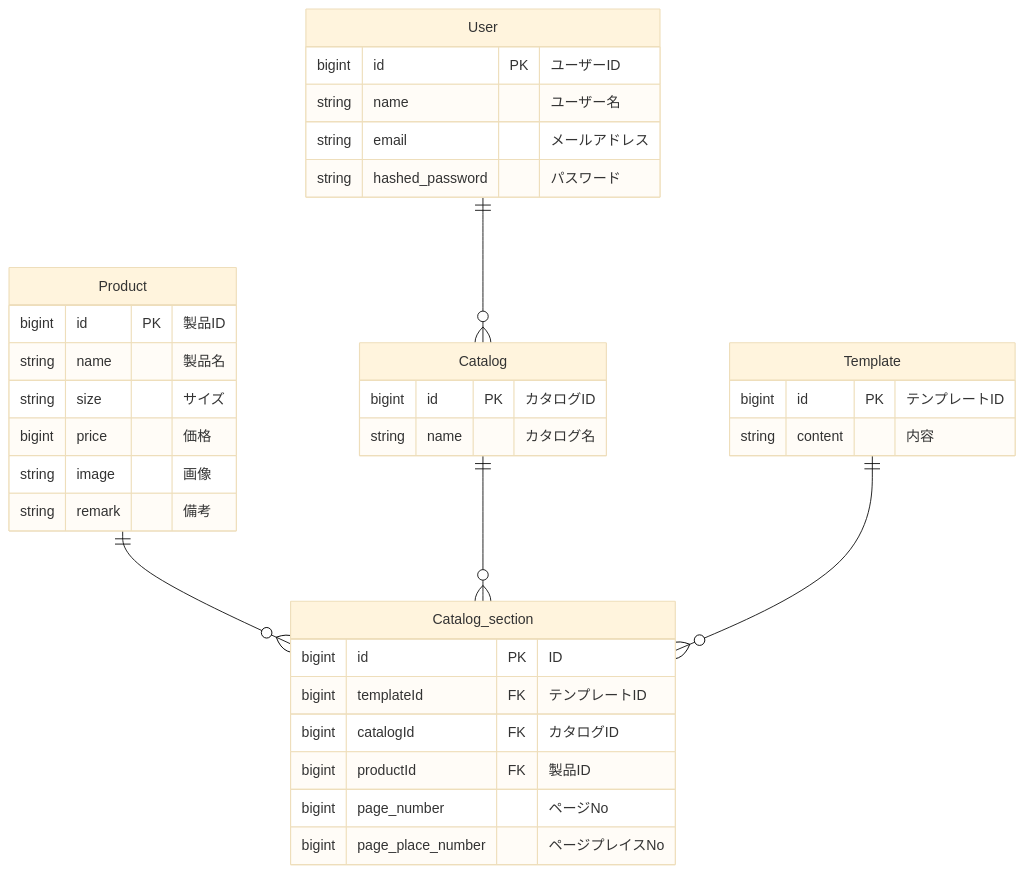
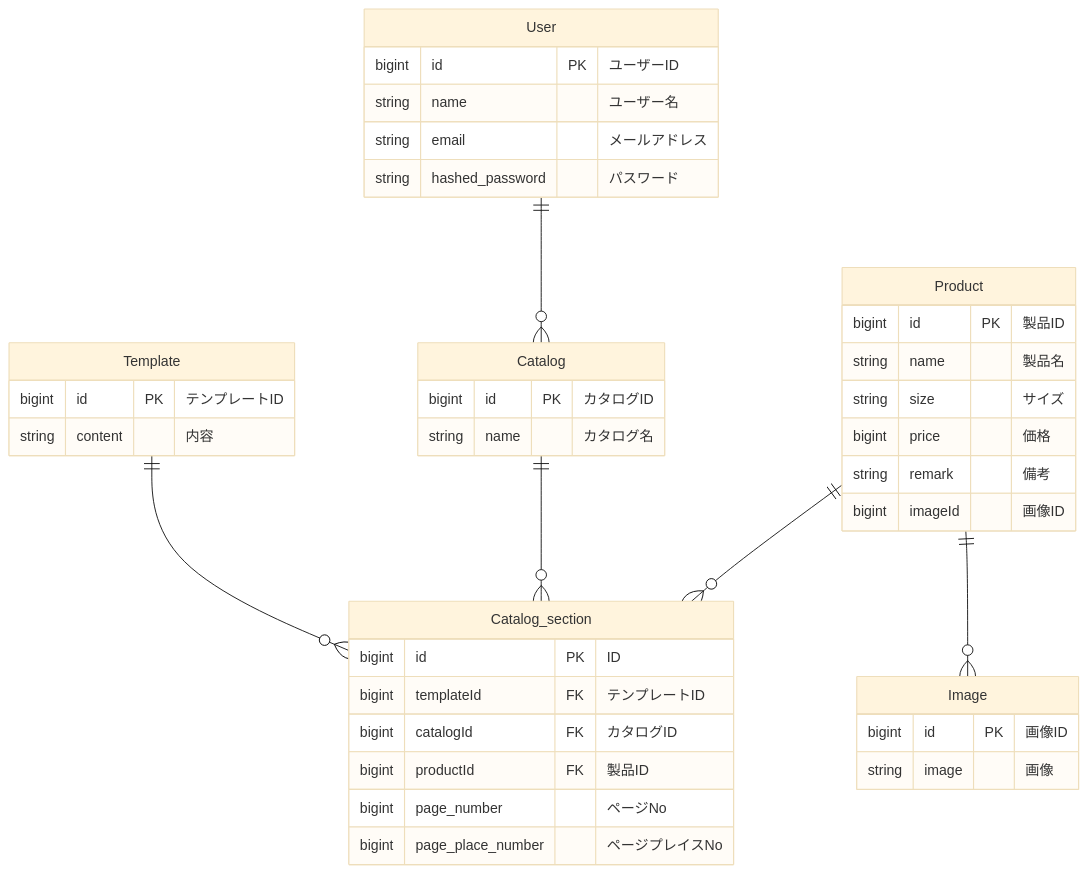
One commit to setodeve/CatalogEasy-backend changed the diagram in documents/design/README.md. Above: the diagram before and after it, drawn with Mermaid (base theme). The commit also changed 2 other files, not shown here.

Commit message:
add table info

````diff
--- a/documents/design/README.md
+++ b/documents/design/README.md
@@ -28,37 +28,43 @@
 ```mermaid
 erDiagram
     User {
         bigint id PK "ユーザーID"
         string name "ユーザー名"
         string email "メールアドレス"
         string hashed_password "パスワード"
     }
     Catalog {
         bigint id PK "カタログID"
         string name "カタログ名"
     }
     Product {
         bigint id PK "製品ID"
         string name "製品名"
         string size "サイズ"
         bigint price "価格"
+        string remark "備考"
+        bigint imageId "画像ID"
+    }
+
+    Image {
+        bigint id PK "画像ID"
         string image "画像"
-        string remark "備考"
     }
     Template {
         bigint id PK "テンプレートID"
         string content "内容"
     }
     Catalog_section {
         bigint id PK "ID"
         bigint templateId FK "テンプレートID"
         bigint catalogId FK "カタログID"
         bigint productId FK "製品ID"
         bigint page_number  "ページNo"
         bigint page_place_number  "ページプレイスNo"
     }
     User ||--o{ Catalog : ""
     Product ||--o{ Catalog_section : ""
     Catalog ||--o{ Catalog_section : ""
     Template ||--o{ Catalog_section : ""
+    Product ||--o{ Image : ""
 ```
````
